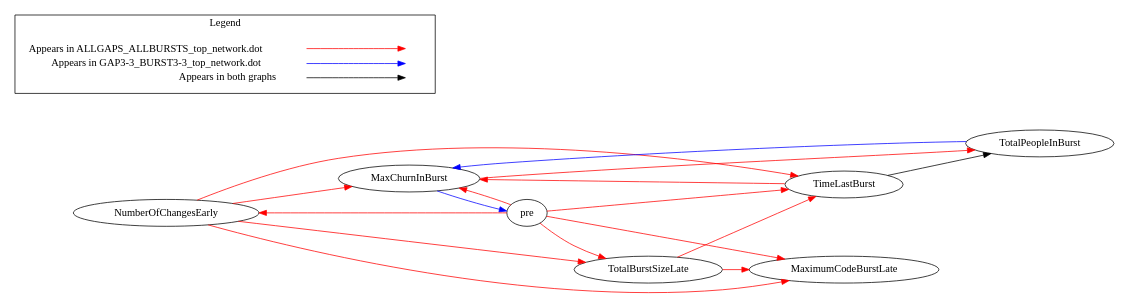
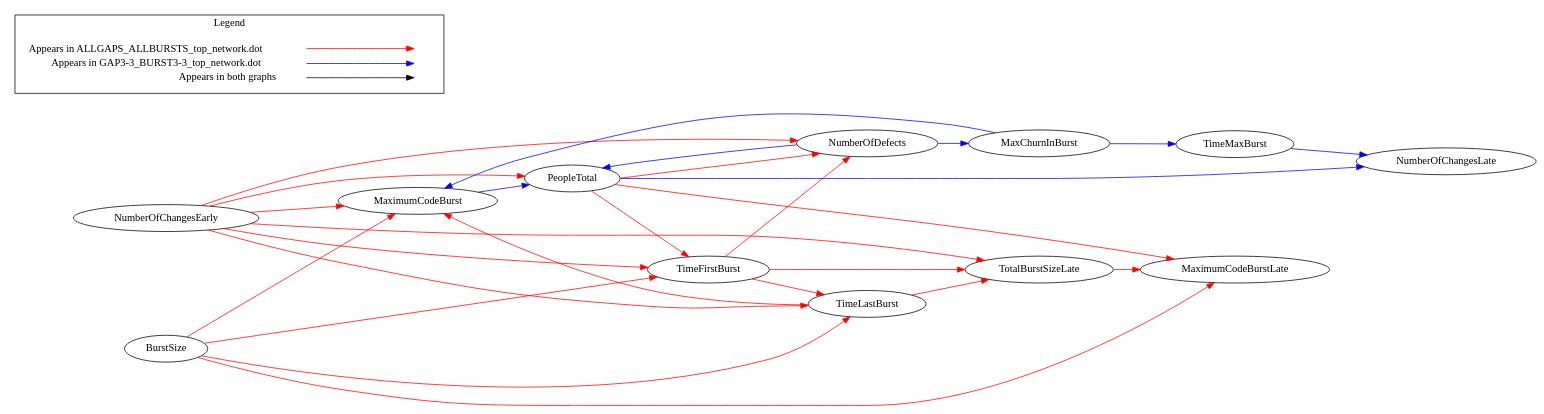
The diagram in experiment_4/results/ECLIPSE21/top_network_comparison.dot (Broshen/defect_prediction_analysis), drawn with Graphviz before and after one commit. The commit also changed 340 other files, not shown here.

```diff
--- a/experiment_4/results/ECLIPSE21/top_network_comparison.dot
+++ b/experiment_4/results/ECLIPSE21/top_network_comparison.dot
@@ -1,37 +1,47 @@
 digraph {
-NumberOfChangesEarly -> MaxChurnInBurst[color="red"];
+NumberOfChangesEarly -> MaximumCodeBurst[color="red"];
+NumberOfChangesEarly -> NumberOfDefects[color="red"];
+NumberOfChangesEarly -> TotalBurstSizeLate[color="red"];
 NumberOfChangesEarly -> TimeLastBurst[color="red"];
-NumberOfChangesEarly -> MaximumCodeBurstLate[color="red"];
-NumberOfChangesEarly -> TotalBurstSizeLate[color="red"];
-pre -> NumberOfChangesEarly[color="red"];
-pre -> MaxChurnInBurst[color="red"];
-pre -> TimeLastBurst[color="red"];
-pre -> MaximumCodeBurstLate[color="red"];
-pre -> TotalBurstSizeLate[color="red"];
-MaxChurnInBurst -> TotalPeopleInBurst[color="red"];
-TimeLastBurst -> MaxChurnInBurst[color="red"];
-TotalBurstSizeLate -> TimeLastBurst[color="red"];
+NumberOfChangesEarly -> TimeFirstBurst[color="red"];
+NumberOfChangesEarly -> PeopleTotal[color="red"];
+BurstSize -> MaximumCodeBurst[color="red"];
+BurstSize -> TimeLastBurst[color="red"];
+BurstSize -> TimeFirstBurst[color="red"];
+BurstSize -> MaximumCodeBurstLate[color="red"];
 TotalBurstSizeLate -> MaximumCodeBurstLate[color="red"];
-TimeLastBurst -> TotalPeopleInBurst[color="black"];
-TotalPeopleInBurst -> MaxChurnInBurst[color="blue"];
-MaxChurnInBurst -> pre[color="blue"];
+TimeLastBurst -> MaximumCodeBurst[color="red"];
+TimeLastBurst -> TotalBurstSizeLate[color="red"];
+TimeFirstBurst -> NumberOfDefects[color="red"];
+TimeFirstBurst -> TotalBurstSizeLate[color="red"];
+TimeFirstBurst -> TimeLastBurst[color="red"];
+PeopleTotal -> NumberOfDefects[color="red"];
+PeopleTotal -> TimeFirstBurst[color="red"];
+PeopleTotal -> MaximumCodeBurstLate[color="red"];
+MaximumCodeBurst -> PeopleTotal[color="blue"];
+NumberOfDefects -> MaxChurnInBurst[color="blue"];
+NumberOfDefects -> PeopleTotal[color="blue"];
+MaxChurnInBurst -> MaximumCodeBurst[color="blue"];
+MaxChurnInBurst -> TimeMaxBurst[color="blue"];
+TimeMaxBurst -> NumberOfChangesLate[color="blue"];
+PeopleTotal -> NumberOfChangesLate[color="blue"];
 
   rankdir=LR
   node [shape=plaintext]
   subgraph cluster_01 { 
     label = "Legend";
     key [label=<<table border="0" cellpadding="2" cellspacing="0" cellborder="0">
       <tr><td align="right" port="i1">Appears in ALLGAPS_ALLBURSTS_top_network.dot</td></tr>
       <tr><td align="right" port="i2">Appears in GAP3-3_BURST3-3_top_network.dot</td></tr>
       <tr><td align="right" port="i3">Appears in both graphs</td></tr>
       </table>>]
     key2 [label=<<table border="0" cellpadding="2" cellspacing="0" cellborder="0">
       <tr><td port="i1">&nbsp;</td></tr>
       <tr><td port="i2">&nbsp;</td></tr>
       <tr><td port="i3">&nbsp;</td></tr>
       </table>>]
     key:i1:e -> key2:i1:w [color=red]
     key:i2:e -> key2:i2:w [color=blue]
     key:i3:e -> key2:i3:w [color=black]
   }
 }
```
